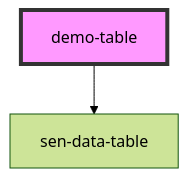
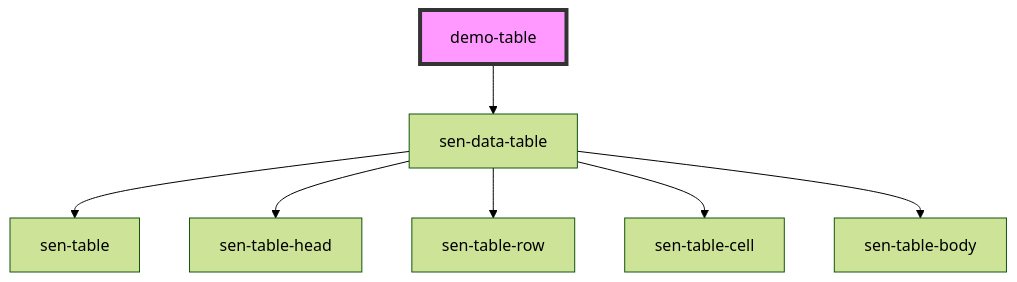
One commit to senna-ui/senna changed the diagram in core/src/components/_demo/demo-table/readme.md. Above: the diagram before and after it, drawn with Mermaid (forest theme). The commit also changed 21 other files, not shown here.

````diff
--- a/core/src/components/_demo/demo-table/readme.md
+++ b/core/src/components/_demo/demo-table/readme.md
@@ -15,5 +15,10 @@
 ```mermaid
 graph TD;
   demo-table --> sen-data-table
+  sen-data-table --> sen-table
+  sen-data-table --> sen-table-head
+  sen-data-table --> sen-table-row
+  sen-data-table --> sen-table-cell
+  sen-data-table --> sen-table-body
   style demo-table fill:#f9f,stroke:#333,stroke-width:4px
 ```
````
